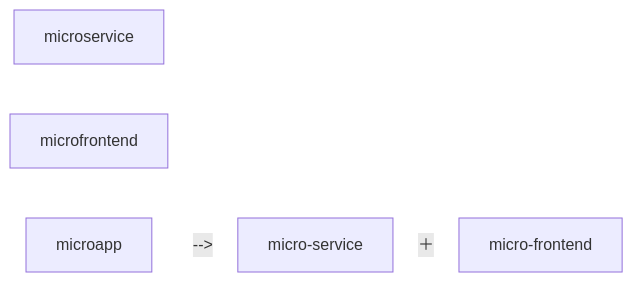
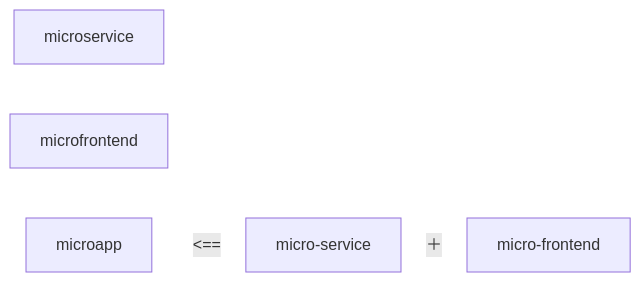
One commit to a6h15hek/a6h15hek changed the first of 2 diagrams in blogs/microapp.md. Above: the diagram before and after it, drawn with Mermaid.

Commit message:
diagram corrected

````diff
--- a/blogs/microapp.md
+++ b/blogs/microapp.md
@@ -16,7 +16,7 @@
 ```mermaid
 flowchart LR
     microservice
     microfrontend
     microapp
-    microapp ~~~ |-->| micro-service ~~~ |＋| micro-frontend 
+    microapp ~~~ |<==| micro-service ~~~ |＋| micro-frontend 
 ```
````
